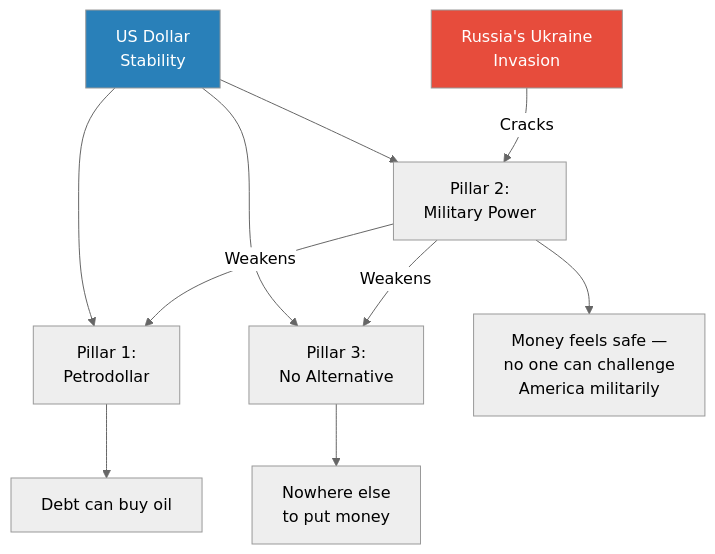
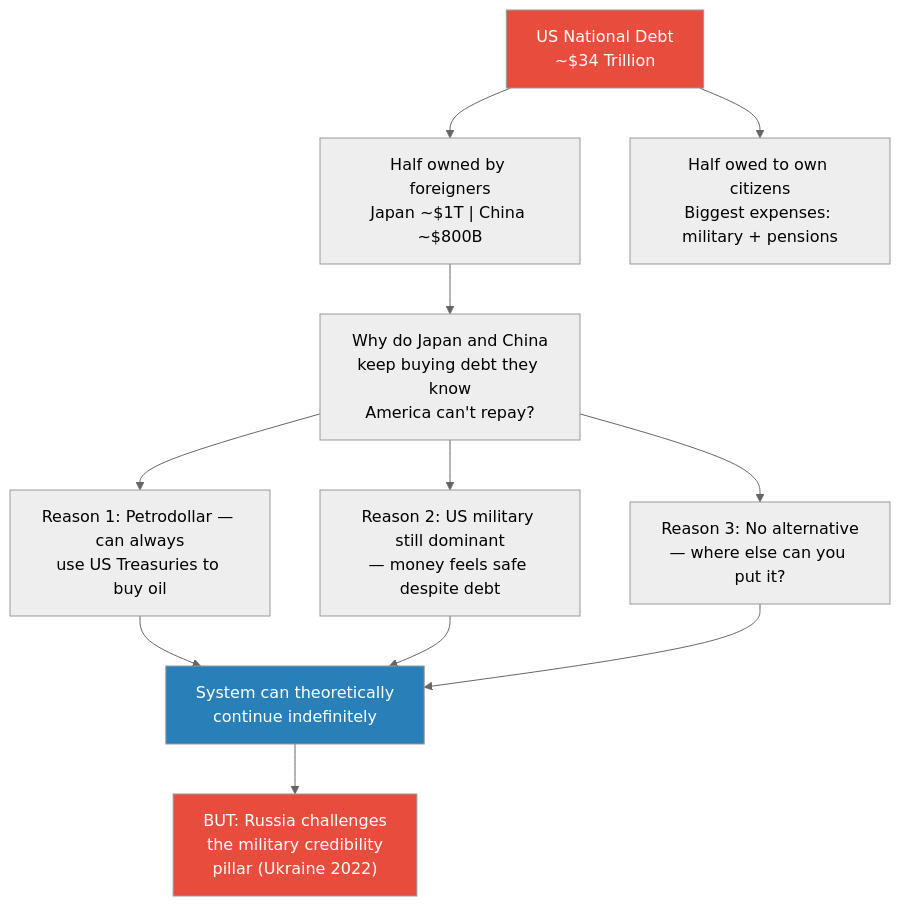
Before and after one commit to alius33/reader: the fifth of 8 diagrams in summaries/Lectures/Geo-Strategy/03 - How Empire is Destroying America.md, drawn with Mermaid (neutral theme). The commit also changed other lines of this file and 26 other files, not shown here.

````diff
--- a/summaries/Lectures/Geo-Strategy/03 - How Empire is Destroying America.md
+++ b/summaries/Lectures/Geo-Strategy/03 - How Empire is Destroying America.md
@@ -499,15 +307,17 @@
 ```mermaid
 flowchart TB
-    D["US Dollar<br/>Stability"]
-    D --> P1["Pillar 1:<br/>Petrodollar"]
-    D --> P2["Pillar 2:<br/>Military Power"]
-    D --> P3["Pillar 3:<br/>No Alternative"]
-    P1 --> E1["Debt can buy oil"]
-    P2 --> E2["Money feels safe —<br/>no one can challenge<br/>America militarily"]
-    P3 --> E3["Nowhere else<br/>to put money"]
-    R["Russia's Ukraine<br/>Invasion"] -->|"Cracks"| P2
-    P2 -->|"Weakens"| P1
-    P2 -->|"Weakens"| P3
-    style D fill:#2980b9,color:#fff
-    style R fill:#e74c3c,color:#fff
+    D["US National Debt<br/>~$34 Trillion"]
+    D --> F["Half owned by foreigners<br/>Japan ~$1T | China ~$800B"]
+    D --> G["Half owed to own citizens<br/>Biggest expenses: military + pensions"]
+    F --> Q["Why do Japan and China<br/>keep buying debt they know<br/>America can't repay?"]
+    Q --> R1["Reason 1: Petrodollar — can always<br/>use US Treasuries to buy oil"]
+    Q --> R2["Reason 2: US military still dominant<br/>— money feels safe despite debt"]
+    Q --> R3["Reason 3: No alternative<br/>— where else can you put it?"]
+    R1 --> S["System can theoretically<br/>continue indefinitely"]
+    R2 --> S
+    R3 --> S
+    S --> T["BUT: Russia challenges<br/>the military credibility<br/>pillar (Ukraine 2022)"]
+    style D fill:#e74c3c,color:#fff
+    style S fill:#2980b9,color:#fff
+    style T fill:#e74c3c,color:#fff
 ```
````
